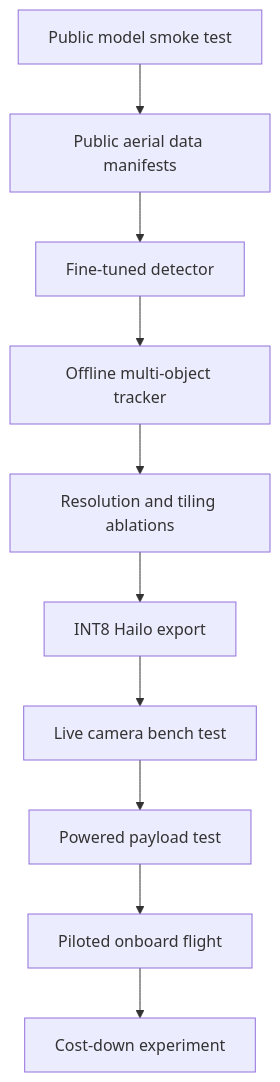
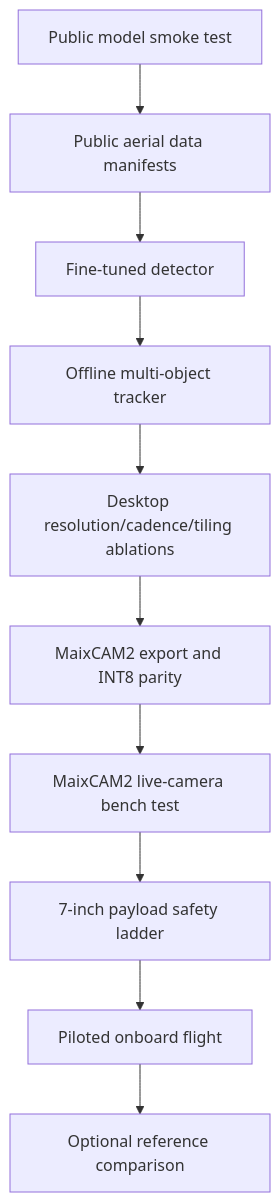
The diagram in docs/implementation_plan_v2.md (bennytay/aero_vlm), drawn with Mermaid before and after one commit. The commit also changed other lines of this file and 9 other files, not shown here.

Commit message:
Make MaixCAM2 the flight target

````diff
--- a/docs/implementation_plan_v2.md
+++ b/docs/implementation_plan_v2.md
@@ -9,12 +9,12 @@
 ```mermaid
 flowchart TD
     A["Public model smoke test"] --> B["Public aerial data manifests"]
     B --> C["Fine-tuned detector"]
     C --> D["Offline multi-object tracker"]
-    D --> E["Resolution and tiling ablations"]
-    E --> F["INT8 Hailo export"]
-    F --> G["Live camera bench test"]
-    G --> H["Powered payload test"]
+    D --> E["Desktop resolution/cadence/tiling ablations"]
+    E --> F["MaixCAM2 export and INT8 parity"]
+    F --> G["MaixCAM2 live-camera bench test"]
+    G --> H["7-inch payload safety ladder"]
     H --> I["Piloted onboard flight"]
-    I --> J["Cost-down experiment"]
+    I --> J["Optional reference comparison"]
 ```
````
